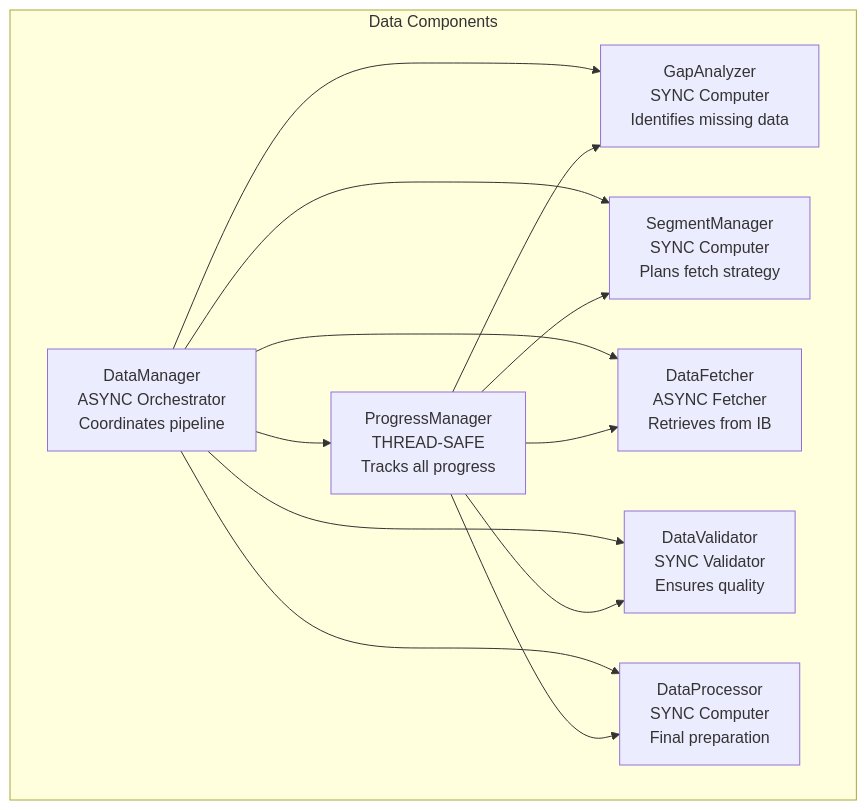
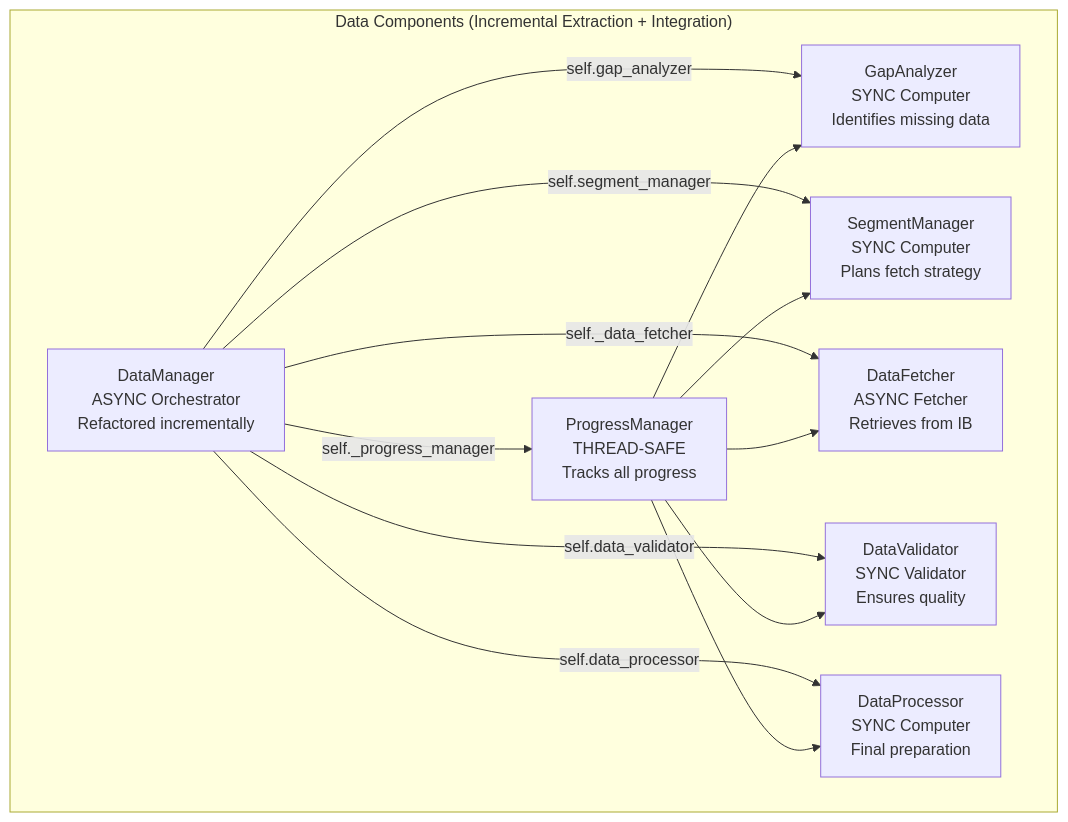
One commit to kpiteira/ktrdr changed the eighth of 14 diagrams in docs/architecture/async/async-architecture-spec.md. Above: the diagram before and after it, drawn with Mermaid. The commit also changed other lines of this file and 5 other files, not shown here.

First line of the commit message:
fix: simplify DataFetcher component and fix progress reporting

````diff
--- a/docs/architecture/async/async-architecture-spec.md
+++ b/docs/architecture/async/async-architecture-spec.md
@@ -225,26 +225,26 @@
 ```mermaid
 graph TB
-    subgraph "Data Components"
-        DM[DataManager<br/>ASYNC Orchestrator<br/>Coordinates pipeline]
+    subgraph "Data Components (Incremental Extraction + Integration)"
+        DM[DataManager<br/>ASYNC Orchestrator<br/>Refactored incrementally]
         
         GA[GapAnalyzer<br/>SYNC Computer<br/>Identifies missing data]
         SM[SegmentManager<br/>SYNC Computer<br/>Plans fetch strategy]
         DF[DataFetcher<br/>ASYNC Fetcher<br/>Retrieves from IB]
         DV[DataValidator<br/>SYNC Validator<br/>Ensures quality]
         DP[DataProcessor<br/>SYNC Computer<br/>Final preparation]
         PM[ProgressManager<br/>THREAD-SAFE<br/>Tracks all progress]
     end
     
-    DM --> GA
-    DM --> SM
-    DM --> DF
-    DM --> DV
-    DM --> DP
-    DM --> PM
+    DM -->|self.gap_analyzer| GA
+    DM -->|self.segment_manager| SM
+    DM -->|self._data_fetcher| DF
+    DM -->|self.data_validator| DV
+    DM -->|self.data_processor| DP
+    DM -->|self._progress_manager| PM
     
     PM --> GA
     PM --> SM
     PM --> DF
     PM --> DV
     PM --> DP
 ```
````
